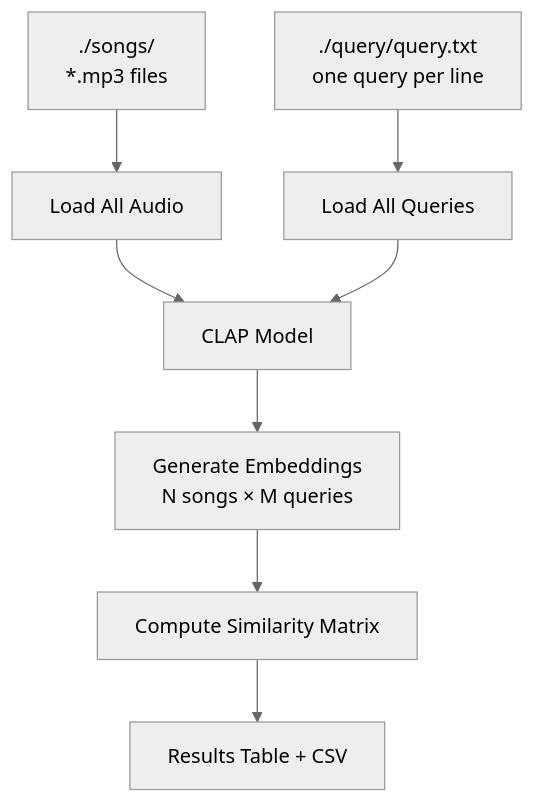
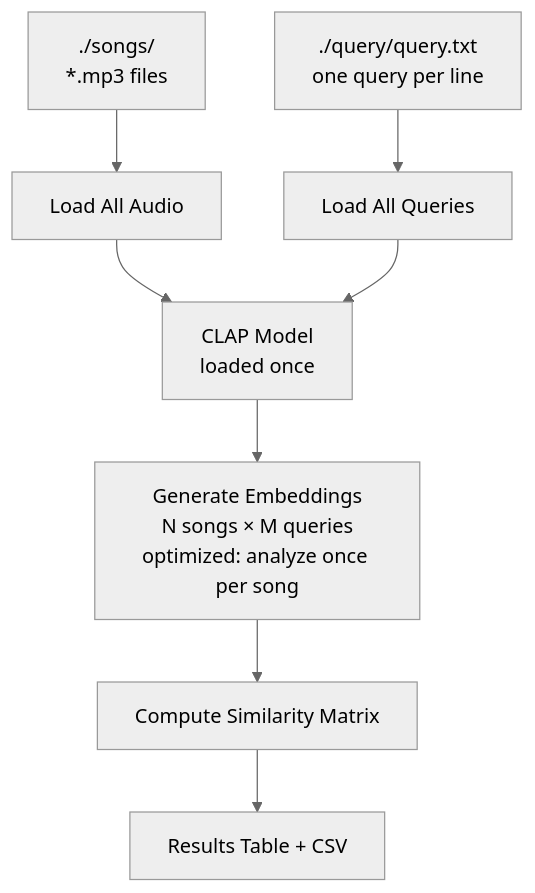
One commit to gcolangiulisuse/hw25-song-search changed the second of 2 diagrams in docs/2-initial_implementation.md. Above: the diagram before and after it, drawn with Mermaid (neutral theme). The commit also changed other lines of this file and 5 other files, not shown here.

````diff
--- a/docs/2-initial_implementation.md
+++ b/docs/2-initial_implementation.md
@@ -34,10 +34,10 @@
 ```mermaid
 graph TD
     A[./songs/<br/>*.mp3 files] --> C[Load All Audio]
     B[./query/query.txt<br/>one query per line] --> D[Load All Queries]
-    C --> E[CLAP Model]
+    C --> E[CLAP Model<br/>loaded once]
     D --> E
-    E --> F[Generate Embeddings<br/>N songs × M queries]
+    E --> F[Generate Embeddings<br/>N songs × M queries<br/>optimized: analyze once per song]
     F --> G[Compute Similarity Matrix]
     G --> H[Results Table + CSV]
 ```
````
